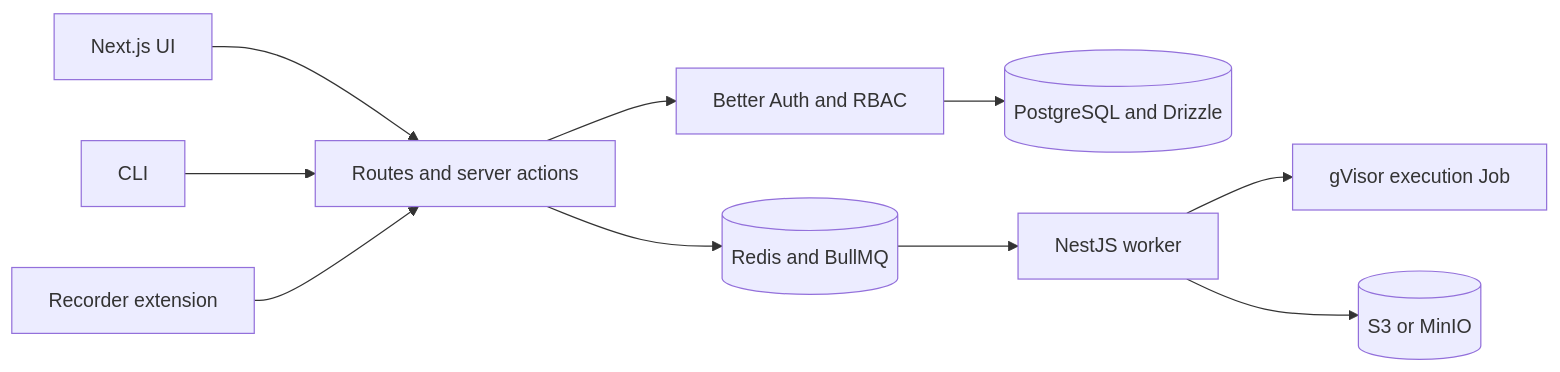
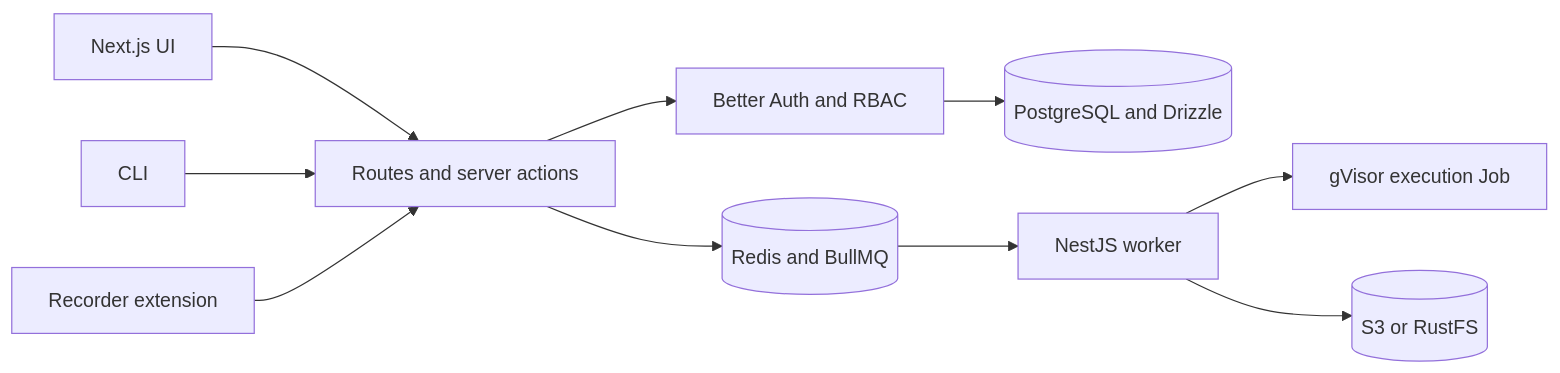
One commit to supercheck-io/supercheck changed the first of 2 diagrams in .agents/skills/architecture/SKILL.md. Above: the diagram before and after it, drawn with Mermaid. The commit also changed 12 other files, not shown here.

````diff
--- a/.agents/skills/architecture/SKILL.md
+++ b/.agents/skills/architecture/SKILL.md
@@ -10,12 +10,12 @@
 ```mermaid
 flowchart LR
   UI[Next.js UI] --> API[Routes and server actions]
   CLI[CLI] --> API
   REC[Recorder extension] --> API
   API --> AUTH[Better Auth and RBAC]
   AUTH --> DB[(PostgreSQL and Drizzle)]
   API --> Q[(Redis and BullMQ)]
   Q --> WORKER[NestJS worker]
   WORKER --> JOB[gVisor execution Job]
-  WORKER --> OBJ[(S3 or MinIO)]
+  WORKER --> OBJ[(S3 or RustFS)]
 ```
````
